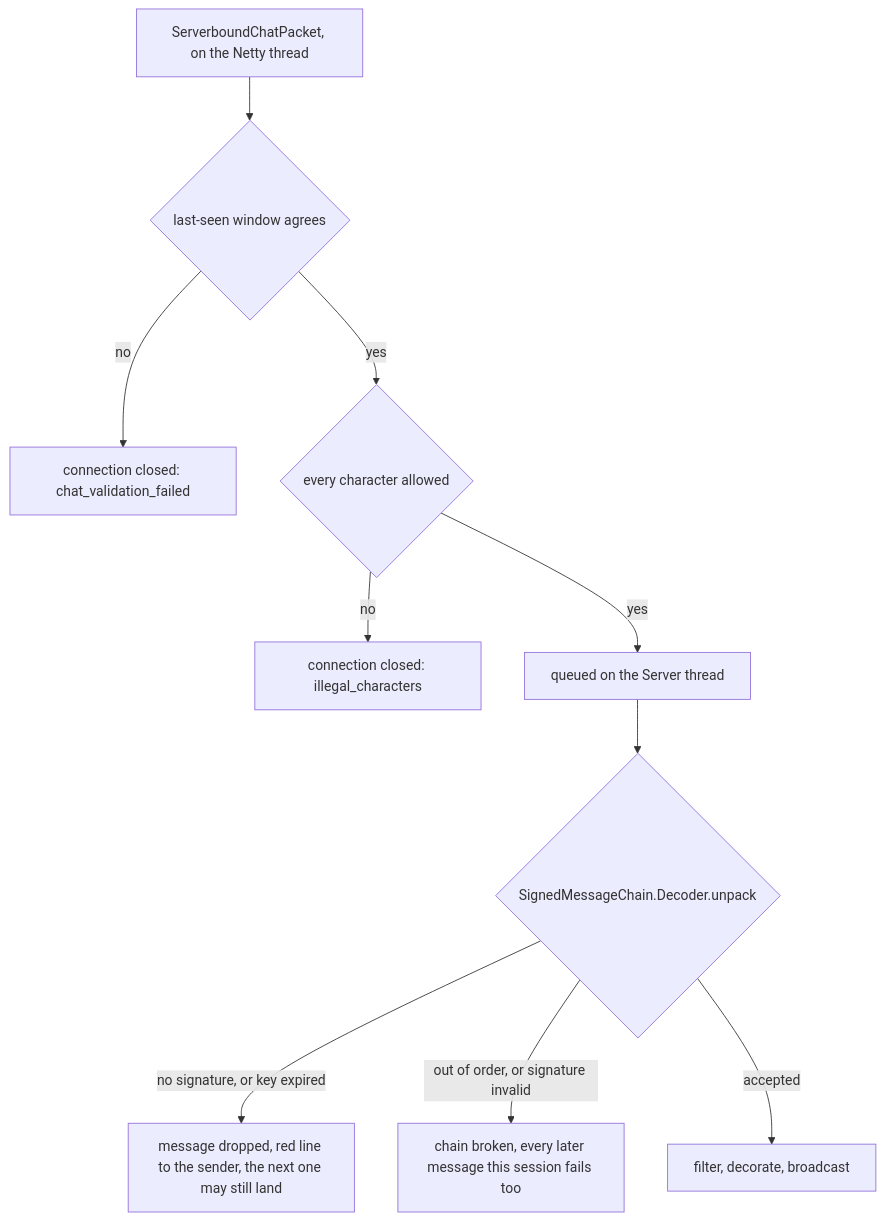
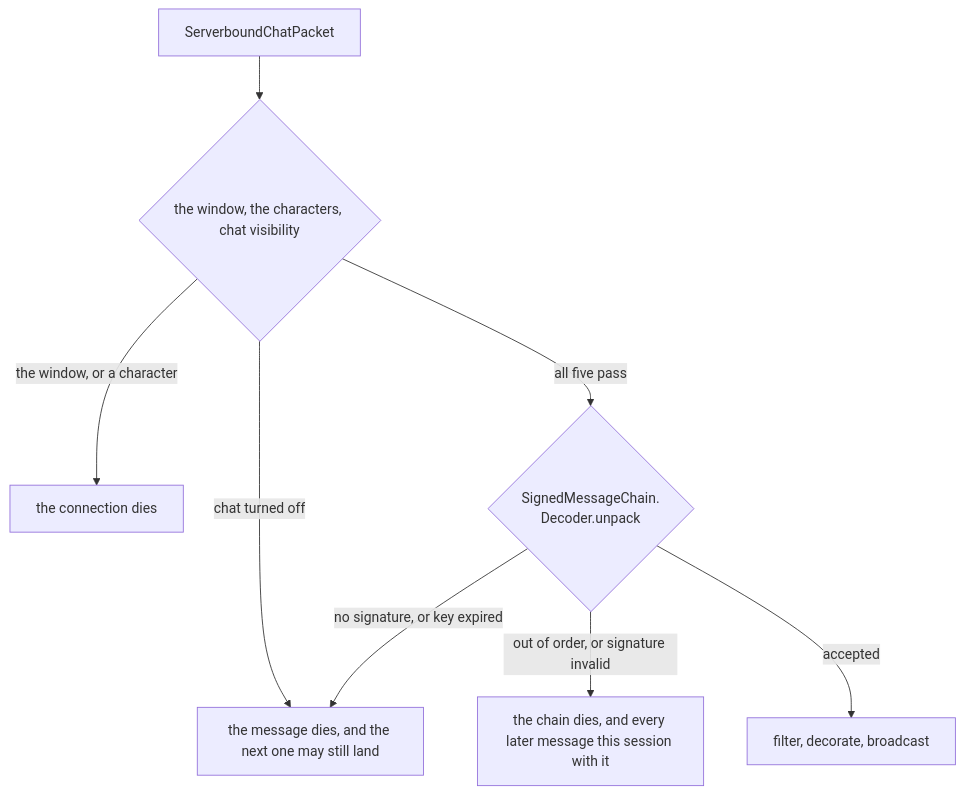
The second of 2 diagrams in src/systems/networking/chat-and-signing.md (AlexanderjFraser/MinecraftDocs), drawn with Mermaid before and after one commit. The commit also changed other lines of this file and 11 other files, not shown here.

````diff
--- a/src/systems/networking/chat-and-signing.md
+++ b/src/systems/networking/chat-and-signing.md
@@ -131,12 +154,10 @@
 ```mermaid
 flowchart TD
-    P["ServerboundChatPacket, on the Netty thread"] --> W{"last-seen window agrees"}
-    W -- no --> X1["connection closed: chat_validation_failed"]
-    W -- yes --> C{"every character allowed"}
-    C -- no --> X2["connection closed: illegal_characters"]
-    C -- yes --> H["queued on the Server thread"]
-    H --> S{"SignedMessageChain.Decoder.unpack"}
-    S -- "no signature, or key expired" --> M["message dropped, red line to the sender, the next one may still land"]
-    S -- "out of order, or signature invalid" --> B["chain broken, every later message this session fails too"]
-    S -- "accepted" --> OK["filter, decorate, broadcast"]
+    P["ServerboundChatPacket"]:::netty --> N{"the window, the characters, chat visibility"}:::netty
+    N -- "the window, or a character" --> XC["the connection dies"]
+    N -- "chat turned off" --> XM["the message dies, and the next one may still land"]
+    N -- "all five pass" --> S{"SignedMessageChain.<br/>Decoder.unpack"}:::server
+    S -- "no signature, or key expired" --> XM
+    S -- "out of order, or signature invalid" --> XB["the chain dies, and every later message this session with it"]
+    S -- accepted --> OK["filter, decorate, broadcast"]:::server
 ```
````
